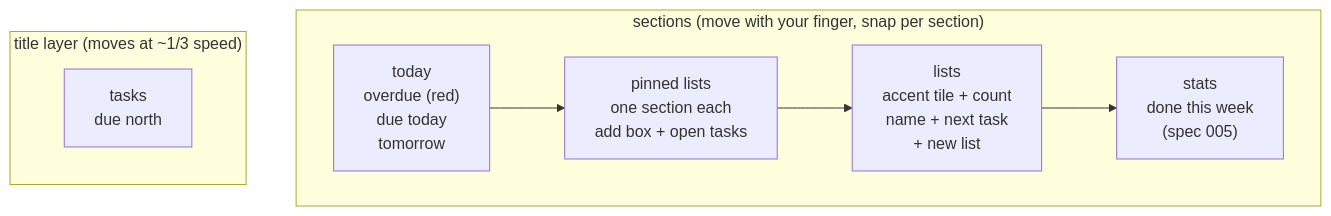
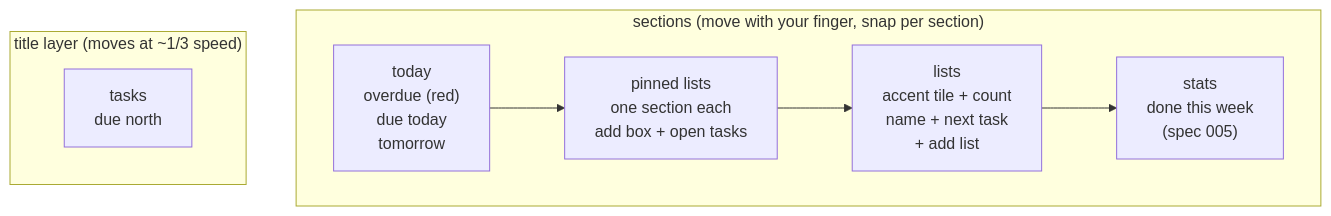
Before and after one commit to samekh248/duenorthtasks: the first of 2 diagrams in specs/001-metro-todo-app/contracts/ui-screens.md, drawn with Mermaid. The commit also changed other lines of this file and 30 other files, not shown here.

````diff
--- a/specs/001-metro-todo-app/contracts/ui-screens.md
+++ b/specs/001-metro-todo-app/contracts/ui-screens.md
@@ -12,11 +12,11 @@
 ```mermaid
 flowchart LR
     subgraph Title["title layer (moves at ~1/3 speed)"]
         T["tasks<br/>due north"]
     end
     subgraph Sections["sections (move with your finger, snap per section)"]
         direction LR
-        S1["today<br/>overdue (red)<br/>due today<br/>tomorrow"] --> SP["pinned lists<br/>one section each<br/>add box + open tasks"] --> S2["lists<br/>accent tile + count<br/>name + next task<br/>+ new list"] --> S3["stats<br/>done this week<br/>(spec 005)"]
+        S1["today<br/>overdue (red)<br/>due today<br/>tomorrow"] --> SP["pinned lists<br/>one section each<br/>add box + open tasks"] --> S2["lists<br/>accent tile + count<br/>name + next task<br/>+ add list"] --> S3["stats<br/>done this week<br/>(spec 005)"]
     end
     Title ~~~ Sections
 ```
````
